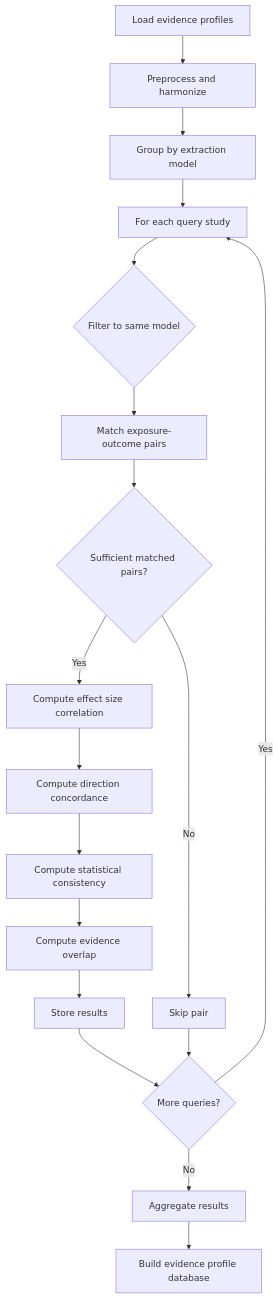
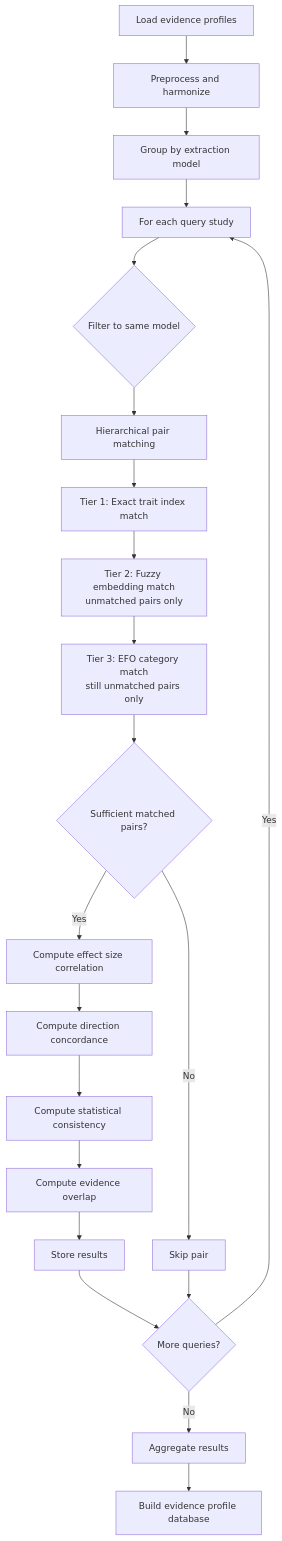
One commit to MRCIEU/mr-kg changed the diagram in docs/processing/evidence-profile-similarity.md. Above: the diagram before and after it, drawn with Mermaid. The commit also changed other lines of this file and 2 other files, not shown here.

````diff
--- a/docs/processing/evidence-profile-similarity.md
+++ b/docs/processing/evidence-profile-similarity.md
@@ -508,20 +508,23 @@
 ```mermaid
 flowchart TD
     A[Load evidence profiles] --> B[Preprocess and harmonize]
     B --> C[Group by extraction model]
     C --> D[For each query study]
     D --> E{Filter to same model}
-    E --> F[Match exposure-outcome pairs]
-    F --> G{Sufficient matched pairs?}
+    E --> F[Hierarchical pair matching]
+    F --> F1[Tier 1: Exact trait index match]
+    F1 --> F2[Tier 2: Fuzzy embedding match<br/>unmatched pairs only]
+    F2 --> F3[Tier 3: EFO category match<br/>still unmatched pairs only]
+    F3 --> G{Sufficient matched pairs?}
     G -->|Yes| H[Compute effect size correlation]
     G -->|No| I[Skip pair]
     H --> J[Compute direction concordance]
     J --> K[Compute statistical consistency]
     K --> L[Compute evidence overlap]
     L --> M[Store results]
     M --> N{More queries?}
     N -->|Yes| D
     N -->|No| O[Aggregate results]
     O --> P[Build evidence profile database]
     I --> N
 ```
````
